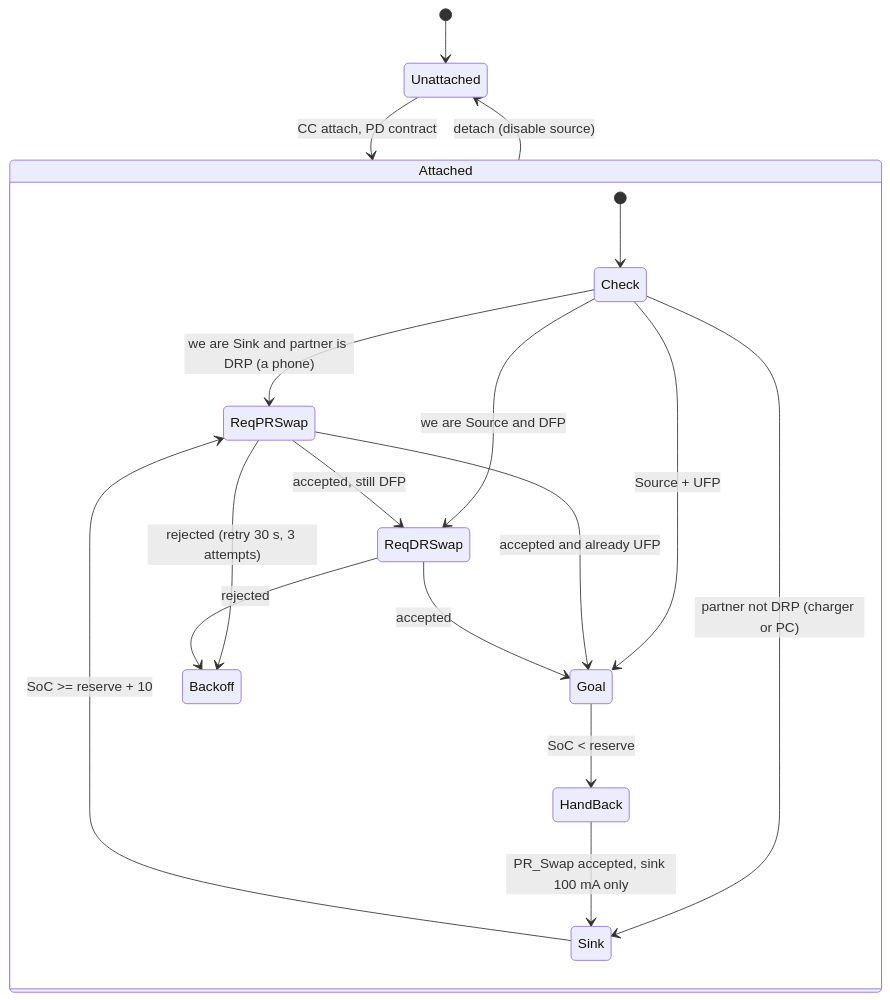
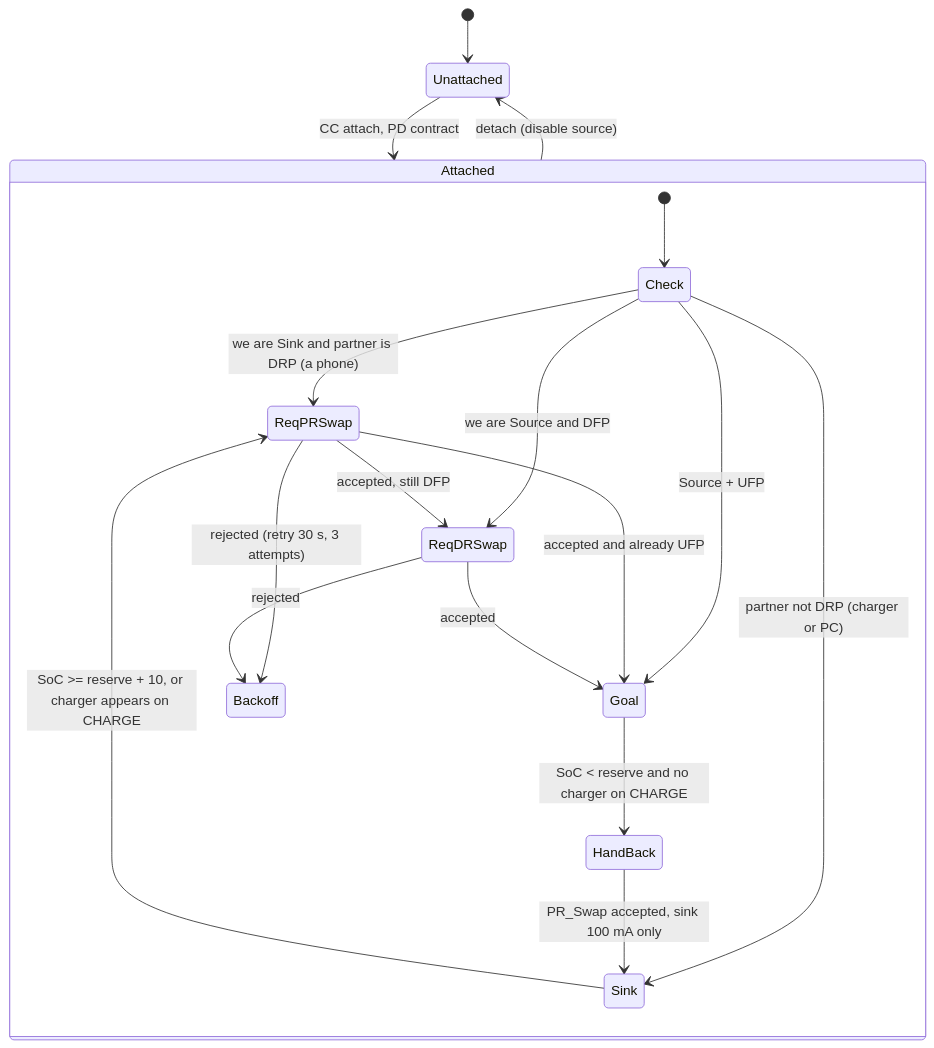
Before and after one commit to sq6emm/mobile-radio: the diagram in docs/03-power-and-usb-pd.md, drawn with Mermaid. The commit also changed other lines of this file and 43 other files, not shown here.

````diff
--- a/docs/03-power-and-usb-pd.md
+++ b/docs/03-power-and-usb-pd.md
@@ -70,21 +116,21 @@
 ```mermaid
 stateDiagram-v2
     [*] --> Unattached
     Unattached --> Attached: CC attach, PD contract
     state Attached {
         [*] --> Check
         Check --> ReqPRSwap: we are Sink and partner is DRP (a phone)
         Check --> ReqDRSwap: we are Source and DFP
         Check --> Sink: partner not DRP (charger or PC)
         Check --> Goal: Source + UFP
         ReqPRSwap --> Goal: accepted and already UFP
         ReqPRSwap --> ReqDRSwap: accepted, still DFP
         ReqPRSwap --> Backoff: rejected (retry 30 s, 3 attempts)
         ReqDRSwap --> Goal: accepted
         ReqDRSwap --> Backoff: rejected
-        Goal --> HandBack: SoC < reserve
+        Goal --> HandBack: SoC < reserve and no charger on CHARGE
         HandBack --> Sink: PR_Swap accepted, sink 100 mA only
-        Sink --> ReqPRSwap: SoC >= reserve + 10
+        Sink --> ReqPRSwap: SoC >= reserve + 10, or charger appears on CHARGE
     }
     Attached --> Unattached: detach (disable source)
 ```
````
